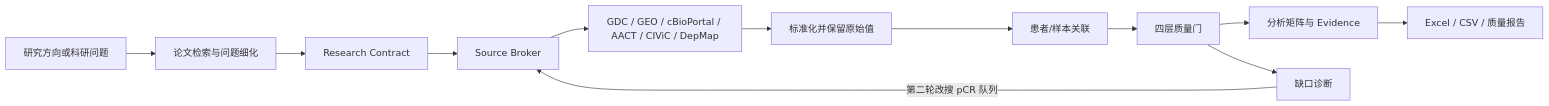
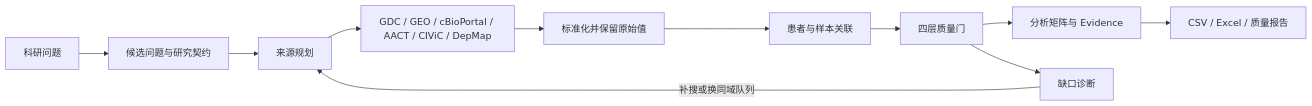
The diagram in README.md (xsc2466729313-cyber/research-data-agent), drawn with Mermaid before and after one commit. The commit also changed other lines of this file and 38 other files, not shown here.

````diff
--- a/README.md
+++ b/README.md
@@ -84,14 +51,13 @@
 ```mermaid
 flowchart LR
-  A[研究方向或科研问题] --> B[论文检索与问题细化]
-  B --> C[Research Contract]
-  C --> D[Source Broker]
-  D --> E[GDC / GEO / cBioPortal / AACT / CIViC / DepMap]
-  E --> F[标准化并保留原始值]
-  F --> G[患者/样本关联]
-  G --> H[四层质量门]
-  H --> I[分析矩阵与 Evidence]
-  H --> J[缺口诊断]
-  J -->|第二轮改搜 pCR 队列| D
-  I --> K[Excel / CSV / 质量报告]
+  A[科研问题] --> B[候选问题与研究契约]
+  B --> C[来源规划]
+  C --> D[GDC / GEO / cBioPortal / AACT / CIViC / DepMap]
+  D --> E[标准化并保留原始值]
+  E --> F[患者与样本关联]
+  F --> G[四层质量门]
+  G --> H[分析矩阵与 Evidence]
+  G --> I[缺口诊断]
+  I -->|补搜或换同域队列| C
+  H --> J[CSV / Excel / 质量报告]
 ```
````
